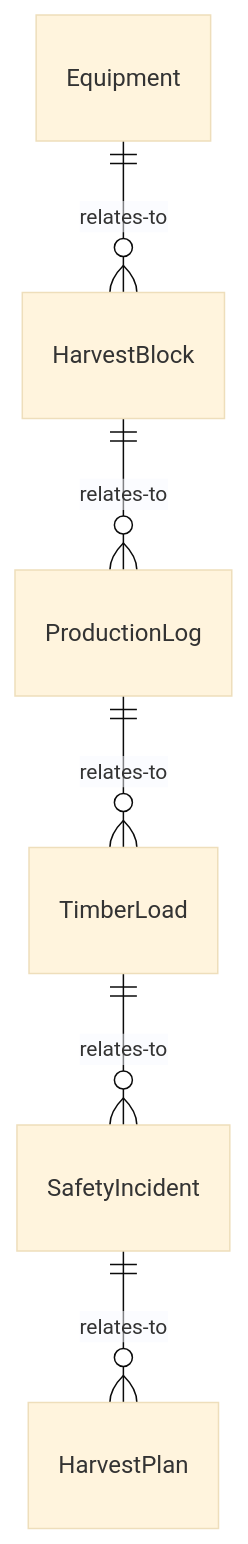
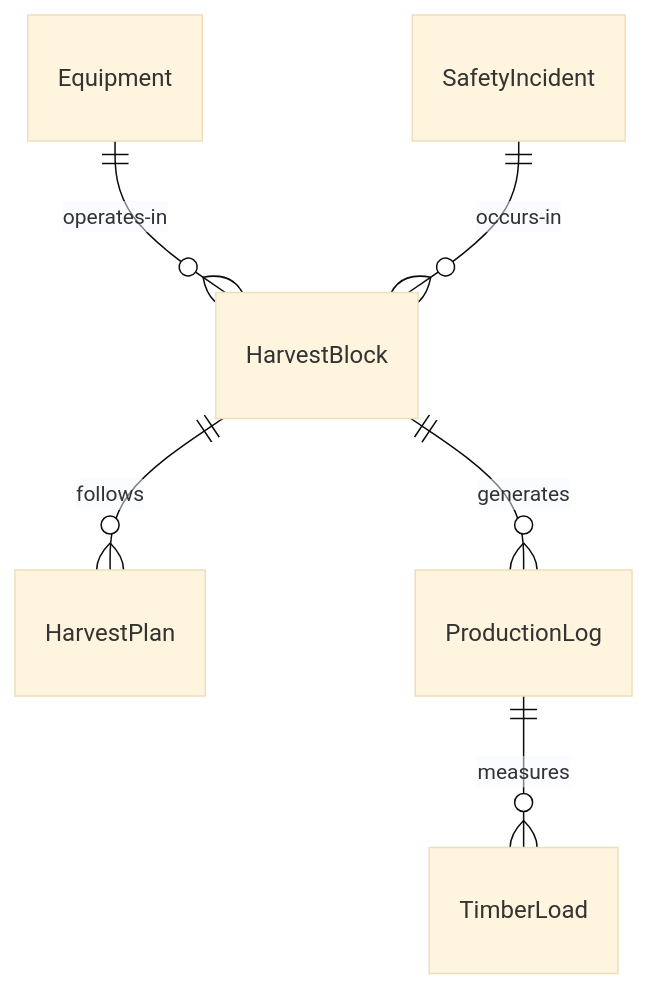
Before and after one commit to dot-org-ai/tasks.org.ai: the first of 4 diagrams in ControllingMachinesAndProcesses/OperateAgriculturalOrForestryEquipment/OperateForestryEquipment.mdx, drawn with Mermaid (base theme). The commit also changed other lines of this file and 515 other files, not shown here.

````diff
--- a/ControllingMachinesAndProcesses/OperateAgriculturalOrForestryEquipment/OperateForestryEquipment.mdx
+++ b/ControllingMachinesAndProcesses/OperateAgriculturalOrForestryEquipment/OperateForestryEquipment.mdx
@@ -87,8 +87,8 @@
 ```mermaid
 erDiagram
-    Equipment ||--o{ HarvestBlock : relates-to
-    HarvestBlock ||--o{ ProductionLog : relates-to
-    ProductionLog ||--o{ TimberLoad : relates-to
-    TimberLoad ||--o{ SafetyIncident : relates-to
-    SafetyIncident ||--o{ HarvestPlan : relates-to
+    Equipment ||--o{ HarvestBlock : operates-in
+    HarvestBlock ||--o{ HarvestPlan : follows
+    HarvestBlock ||--o{ ProductionLog : generates
+    ProductionLog ||--o{ TimberLoad : measures
+    SafetyIncident ||--o{ HarvestBlock : occurs-in
 ```
````
